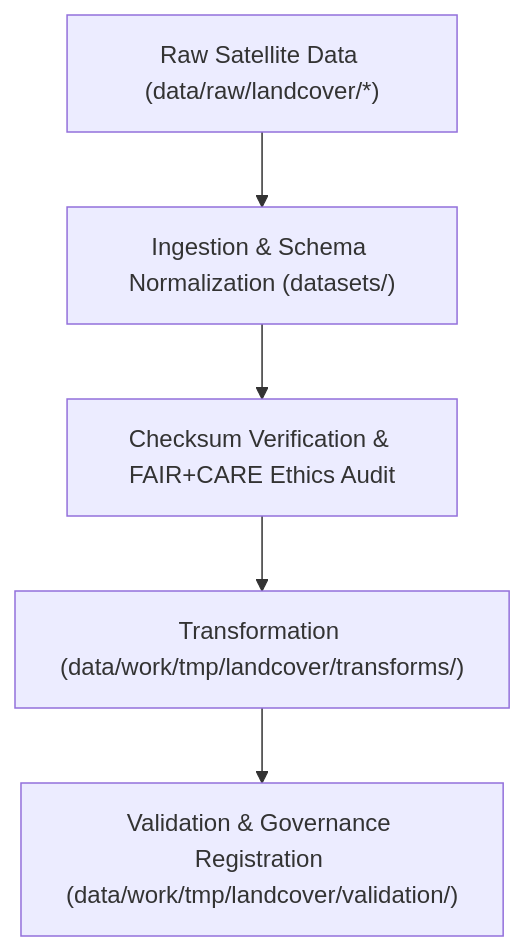
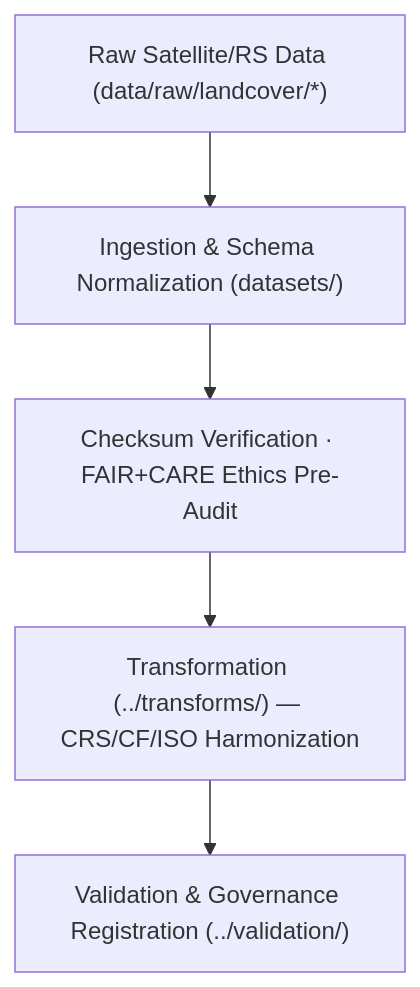
One commit to bartytime4life/Kansas-Frontier-Matrix changed the diagram in data/work/tmp/landcover/datasets/README.md. Above: the diagram before and after it, drawn with Mermaid. The commit also changed other lines of this file, not shown here.

````diff
--- a/data/work/tmp/landcover/datasets/README.md
+++ b/data/work/tmp/landcover/datasets/README.md
@@ -63,7 +65,7 @@
 ```mermaid
 flowchart TD
-    A["Raw Satellite Data (data/raw/landcover/*)"] --> B["Ingestion & Schema Normalization (datasets/)"]
-    B --> C["Checksum Verification & FAIR+CARE Ethics Audit"]
-    C --> D["Transformation (data/work/tmp/landcover/transforms/)"]
-    D --> E["Validation & Governance Registration (data/work/tmp/landcover/validation/)"]
+    A["Raw Satellite/RS Data (data/raw/landcover/*)"] --> B["Ingestion & Schema Normalization (datasets/)"]
+    B --> C["Checksum Verification · FAIR+CARE Ethics Pre-Audit"]
+    C --> D["Transformation (../transforms/) — CRS/CF/ISO Harmonization"]
+    D --> E["Validation & Governance Registration (../validation/)"]
 ```
````
